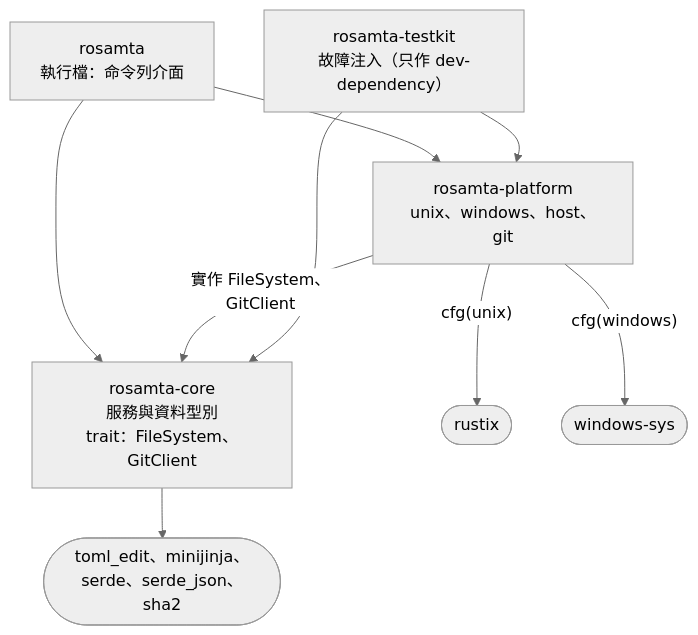
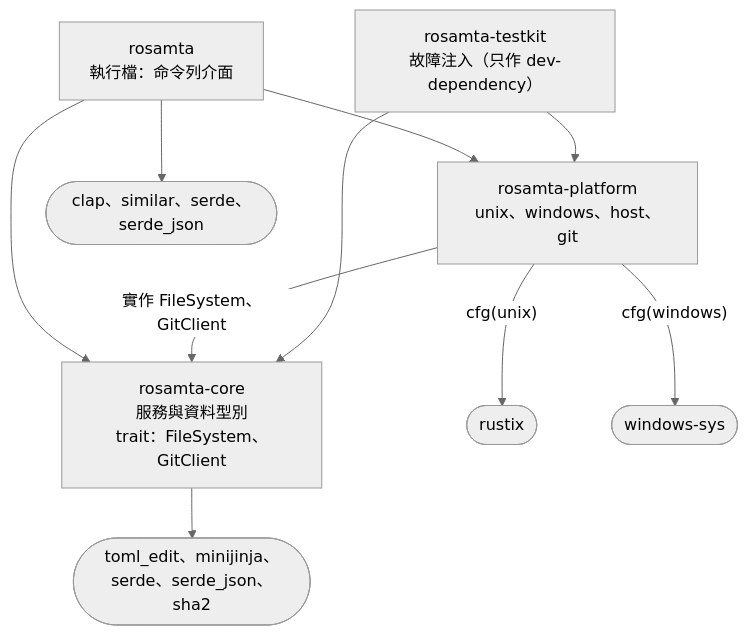
Before and after one commit to accidental-two-timer-sam-woof/rosamta-waterfall: the first of 10 diagrams in docs/05-detailed-design/uml.md, drawn with Mermaid (neutral theme). The commit also changed 1 other file, not shown here.

Commit message:
docs(detailed-design): specify the command line interface
The schema help and the built-in field listing need one source shared
with the loader, and git must not open login prompts or windows, so
sections 3, 4.2, 4.3 and 4.16 gain the interfaces section 9 relies on.

````diff
--- a/docs/05-detailed-design/uml.md
+++ b/docs/05-detailed-design/uml.md
@@ -9,19 +9,21 @@
 ```mermaid
 flowchart TB
     bin["rosamta<br/>執行檔：命令列介面"]
     platform["rosamta-platform<br/>unix、windows、host、git"]
     core["rosamta-core<br/>服務與資料型別<br/>trait：FileSystem、GitClient"]
     testkit["rosamta-testkit<br/>故障注入（只作 dev-dependency）"]
     rustix(["rustix"])
     winsys(["windows-sys"])
     libs(["toml_edit、minijinja、serde、serde_json、sha2"])
+    binlibs(["clap、similar、serde、serde_json"])
 
     bin --> platform
     bin --> core
+    bin --> binlibs
     platform -- "實作 FileSystem、GitClient" --> core
     platform -- "cfg(unix)" --> rustix
     platform -- "cfg(windows)" --> winsys
     core --> libs
     testkit --> core
     testkit --> platform
 ```
````
